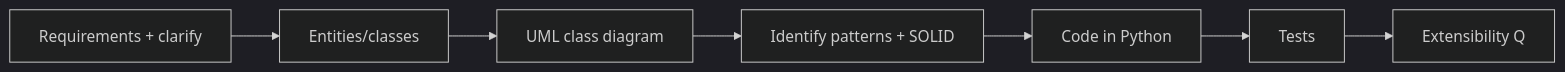
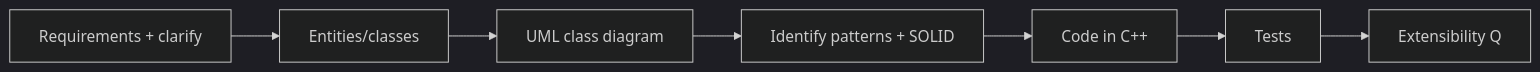
The diagram in LLD/modules/08-case-studies/MODULE.md (codevoks/Learning), drawn with Mermaid (dark theme) before and after one commit. The commit also changed 124 other files, not shown here.

````diff
--- a/LLD/modules/08-case-studies/MODULE.md
+++ b/LLD/modules/08-case-studies/MODULE.md
@@ -14,5 +14,5 @@
 ```mermaid
 flowchart LR
     R[Requirements + clarify] --> E[Entities/classes] --> U[UML class diagram]
-    U --> P[Identify patterns + SOLID] --> C[Code in Python] --> T[Tests] --> X[Extensibility Q]
+    U --> P[Identify patterns + SOLID] --> C[Code in C++] --> T[Tests] --> X[Extensibility Q]
 ```
````
